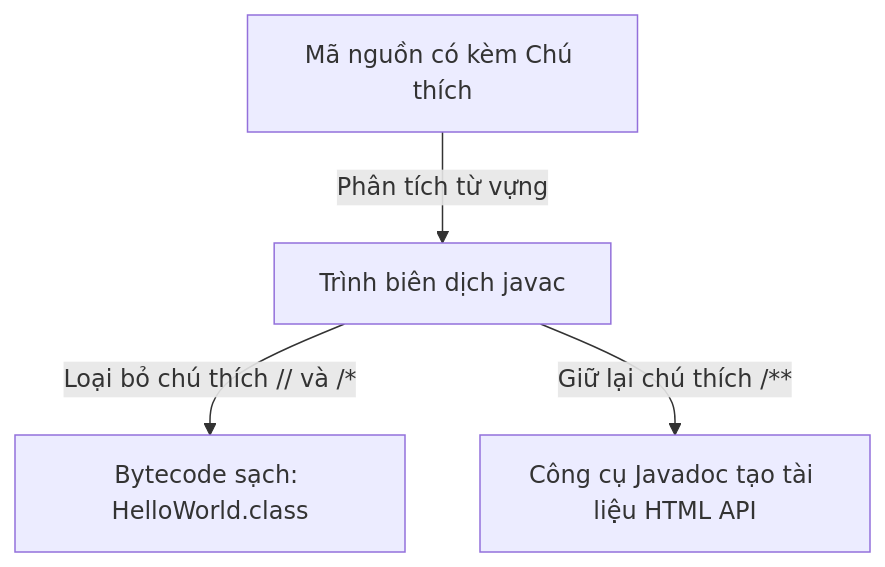
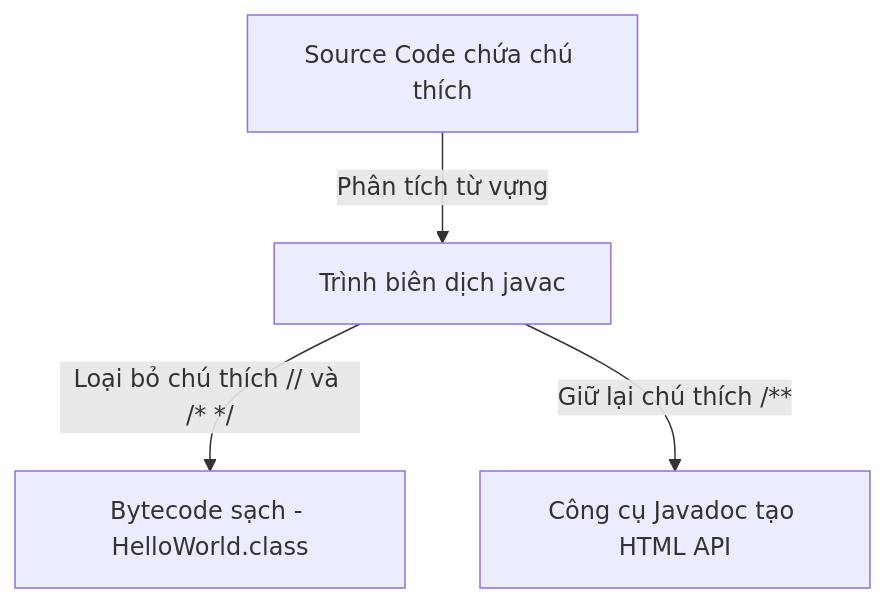
Before and after one commit to PhuThien2005/theoretical-of-java-core: the first of 2 diagrams in vi/02-basic-syntax/theory/03-comments-packages-imports.md, drawn with Mermaid. The commit also changed other lines of this file and 229 other files, not shown here.

````diff
--- a/vi/02-basic-syntax/theory/03-comments-packages-imports.md
+++ b/vi/02-basic-syntax/theory/03-comments-packages-imports.md
@@ -45,6 +46,6 @@
 ```mermaid
 flowchart TD
-    A[Mã nguồn có kèm Chú thích] -->|Phân tích từ vựng| B[Trình biên dịch javac]
-    B -->|Loại bỏ chú thích // và /*| C[Bytecode sạch: HelloWorld.class]
-    B -->|Giữ lại chú thích /**| D[Công cụ Javadoc tạo tài liệu HTML API]
+    A[Source Code chứa chú thích] -->|Phân tích từ vựng| B[Trình biên dịch javac]
+    B -->|Loại bỏ chú thích // và /* */| C[Bytecode sạch - HelloWorld.class]
+    B -->|Giữ lại chú thích /**| D[Công cụ Javadoc tạo HTML API]
 ```
````
